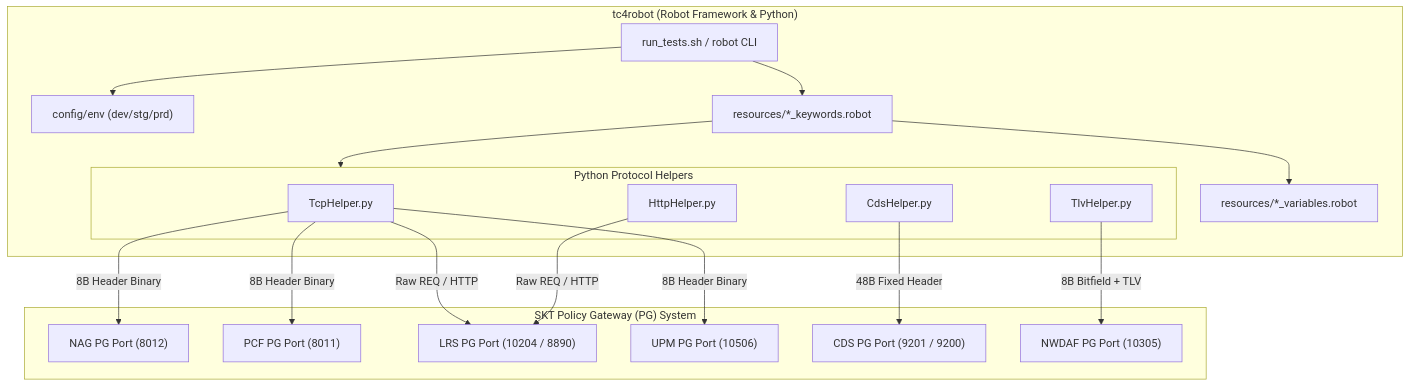
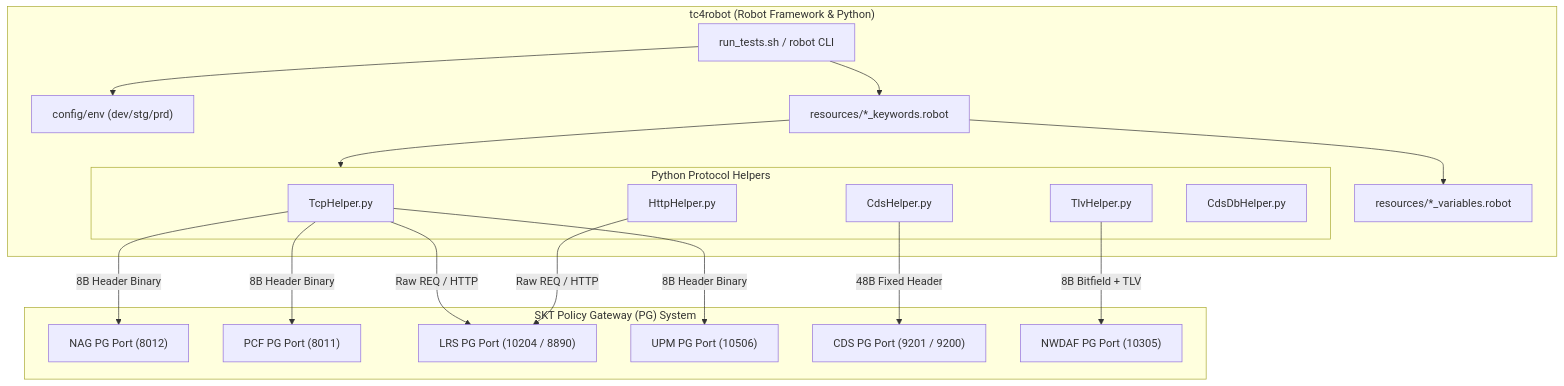
One commit to IanKim2030/tc4robot changed the diagram in docs/ARCHITECTURE.md. Above: the diagram before and after it, drawn with Mermaid. The commit also changed other lines of this file and 11 other files, not shown here.

````diff
--- a/docs/ARCHITECTURE.md
+++ b/docs/ARCHITECTURE.md
@@ -14,37 +14,38 @@
 ```mermaid
 flowchart TD
     subgraph TestRunner ["tc4robot (Robot Framework & Python)"]
         CLI["run_tests.sh / robot CLI"]
         ENV["config/env (dev/stg/prd)"]
         KW["resources/*_keywords.robot"]
         VAR["resources/*_variables.robot"]
 
         subgraph Helpers ["Python Protocol Helpers"]
             TCP["TcpHelper.py"]
             TLV["TlvHelper.py"]
             CDS_H["CdsHelper.py"]
             HTTP["HttpHelper.py"]
+            CDS_DB["CdsDbHelper.py"]
         end
     end
 
     subgraph TargetPG ["SKT Policy Gateway (PG) System"]
         NAG_PG["NAG PG Port (8012)"]
         PCF_PG["PCF PG Port (8011)"]
         LRS_PG["LRS PG Port (10204 / 8890)"]
         UPM_PG["UPM PG Port (10506)"]
         CDS_PG["CDS PG Port (9201 / 9200)"]
         NWDAF_PG["NWDAF PG Port (10305)"]
     end
 
     CLI --> ENV
     CLI --> KW
     KW --> VAR
     KW --> Helpers
 
     TCP -->|"8B Header Binary"| NAG_PG
     TCP -->|"8B Header Binary"| PCF_PG
     TCP & HTTP -->|"Raw REQ / HTTP"| LRS_PG
     TCP -->|"8B Header Binary"| UPM_PG
     CDS_H -->|"48B Fixed Header"| CDS_PG
     TLV -->|"8B Bitfield + TLV"| NWDAF_PG
 ```
````
